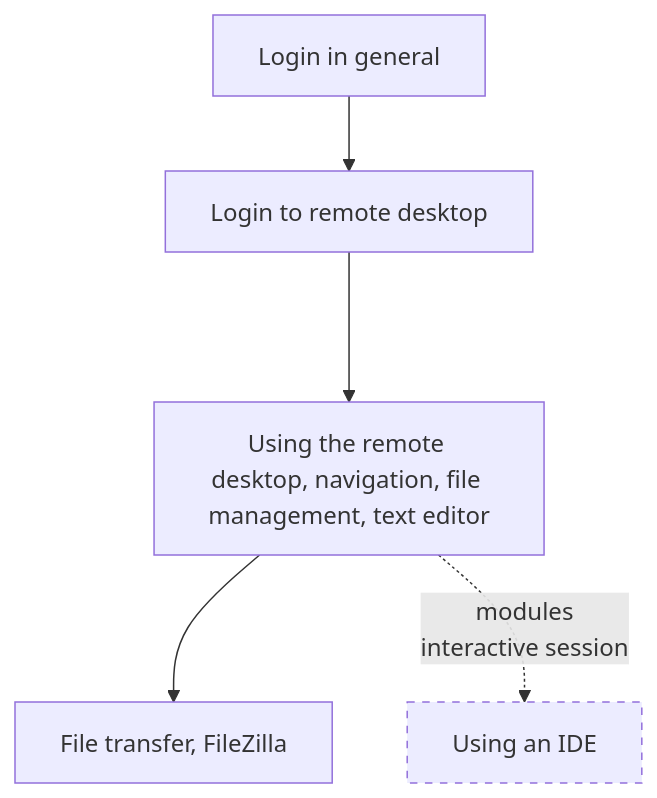
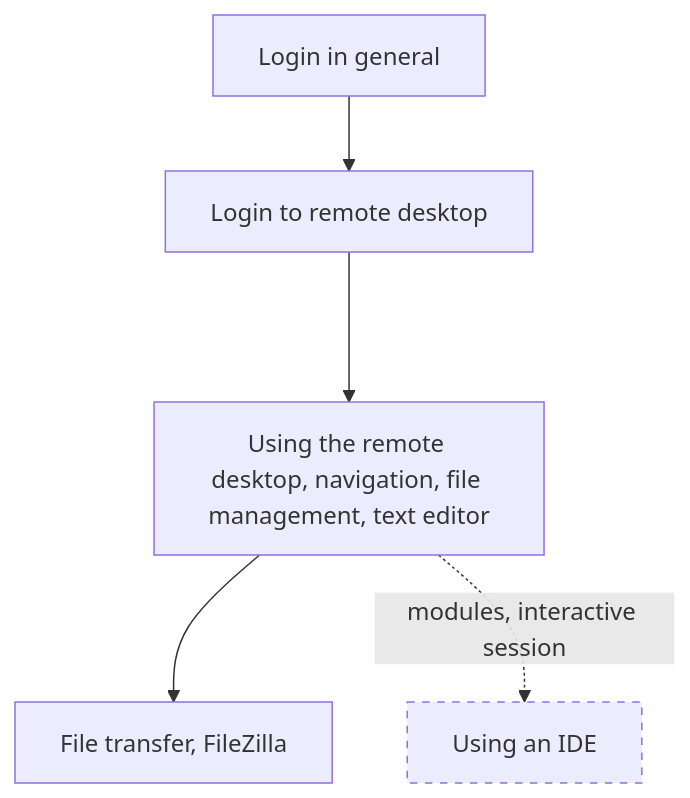
One commit to UPPMAX/uppmax_intro_day_1 changed the diagram in docs/sessions/introduction_visual.md. Above: the diagram before and after it, drawn with Mermaid. The commit also changed 2 other files, not shown here.

````diff
--- a/docs/sessions/introduction_visual.md
+++ b/docs/sessions/introduction_visual.md
@@ -14,16 +14,16 @@
 ```mermaid
 flowchart TD
   classDef maybe_not_node stroke-dasharray: 5 5
 
   login[Login in general]
   login_remote_desktop[Login to remote desktop]
   use_remote_desktop[Using the remote desktop, navigation, file management, text editor]
   file_transfer_filezilla[File transfer, FileZilla]
   use_ide[Using an IDE]:::maybe_not_node
 
   %% GUI
   login --> login_remote_desktop
   login_remote_desktop ---> use_remote_desktop
   use_remote_desktop --> file_transfer_filezilla
-  use_remote_desktop -.-> |modules\ninteractive session| use_ide
+  use_remote_desktop -.-> |modules, interactive session| use_ide
 ```
````
